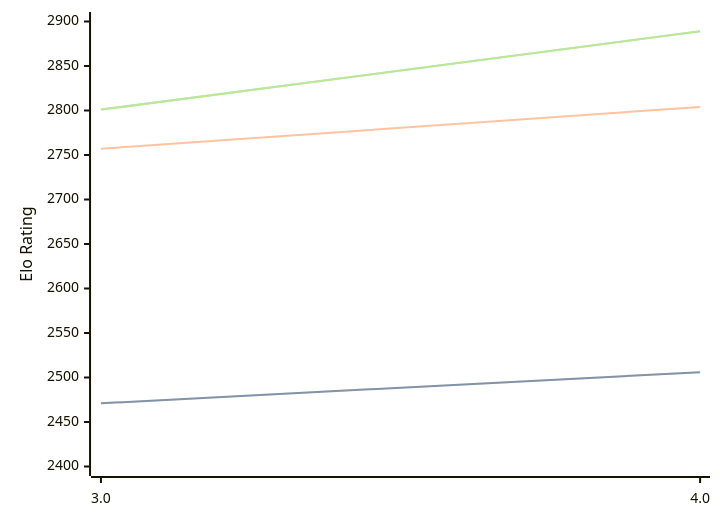
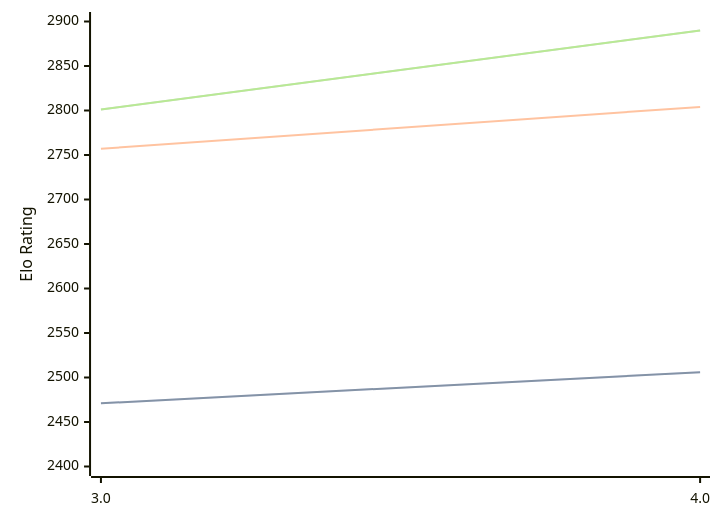
One commit to computer-chess-index/cci changed the diagram in engines/Chess3.md. Above: the diagram before and after it, drawn with Mermaid. The commit also changed other lines of this file, not shown here.

Commit message:
Update CCI Ratings (ELO VLTC) - 2026-09-10

````diff
--- a/engines/Chess3.md
+++ b/engines/Chess3.md
@@ -32,11 +32,11 @@
 ```mermaid
 %%{init: {"theme":"base","themeVariables":{"seriesColors:['#a3a3a3','#222221','#faa371']}}}%%
 xychart-beta
   x-axis ["3.0", "4.0"]
   y-axis "Elo Rating" 2400 --> 2900
   line "" [2471, 2506]
   line "STC (8.0+0.08s)" [2471, 2506]
   line "LTC (60.0+0.60s)" [2757, 2804]
-  line "" [2801, 2889]
-  line "VLTC (2m24s+1.12s)" [2801, 2889]
+  line "" [2801, 2890]
+  line "VLTC (2m24s+1.12s)" [2801, 2890]
 ```
````
